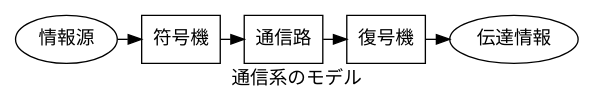
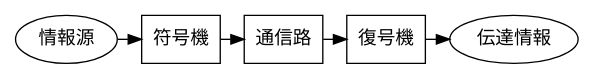
One commit to alex216/cs-recap changed the diagram in info-theo/img/5.dot. Above: the diagram before and after it, drawn with Graphviz. The commit also changed 47 other files, not shown here.

```diff
--- a/info-theo/img/5.dot
+++ b/info-theo/img/5.dot
@@ -1,12 +1,11 @@
 digraph {
-    label="通信系のモデル"
     情報源;
     伝達情報;
     node [shape=box];
     符号機->通信路->復号機;
 
     情報源->符号機;
     復号機->伝達情報;
 
     {rank=same; 情報源,符号機,通信路,復号機,伝達情報};
 }
```
